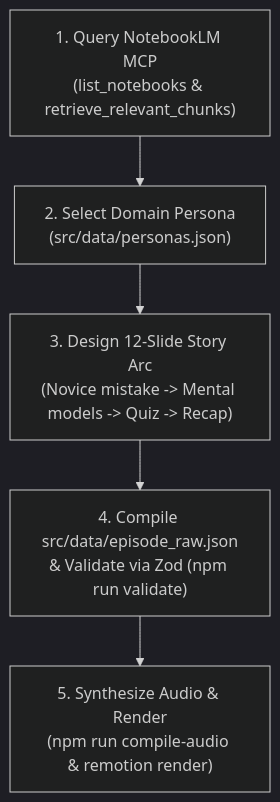
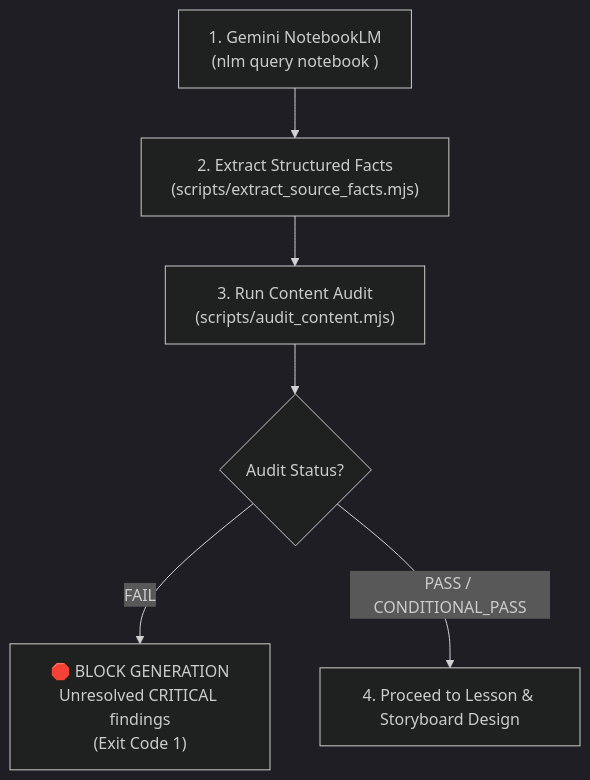
The third of 4 diagrams in AGENTS.md (yash3155/Video-Generator), drawn with Mermaid (dark theme) before and after one commit. The commit also changed other lines of this file and 539 other files, not shown here.

Commit message:
refactor(agents): finalize model-neutral architecture and remove _argon paths

````diff
--- a/AGENTS.md
+++ b/AGENTS.md
@@ -63,7 +107,8 @@
 ```mermaid
 flowchart TD
-    S1["1. Query NotebookLM MCP\n(list_notebooks & retrieve_relevant_chunks)"] --> S2["2. Select Domain Persona\n(src/data/personas.json)"]
-    S2 --> S3["3. Design 12-Slide Story Arc\n(Novice mistake -> Mental models -> Quiz -> Recap)"]
-    S3 --> S4["4. Compile src/data/episode_raw.json\n& Validate via Zod (npm run validate)"]
-    S4 --> S5["5. Synthesize Audio & Render\n(npm run compile-audio & remotion render)"]
+    NOTEBOOK["1. Gemini NotebookLM\n(nlm query notebook <id>)"] --> FACTS["2. Extract Structured Facts\n(scripts/extract_source_facts.mjs)"]
+    FACTS --> AUDIT["3. Run Content Audit\n(scripts/audit_content.mjs)"]
+    AUDIT --> EVAL{"Audit Status?"}
+    EVAL -->|FAIL| BLOCK["🛑 BLOCK GENERATION\nUnresolved CRITICAL findings\n(Exit Code 1)"]
+    EVAL -->|PASS / CONDITIONAL_PASS| LESSON["4. Proceed to Lesson & Storyboard Design"]
 ```
````
